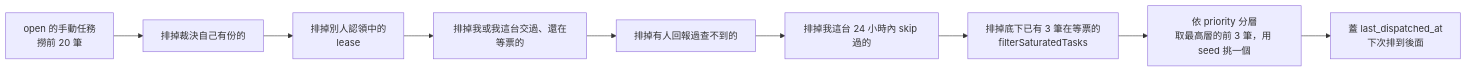
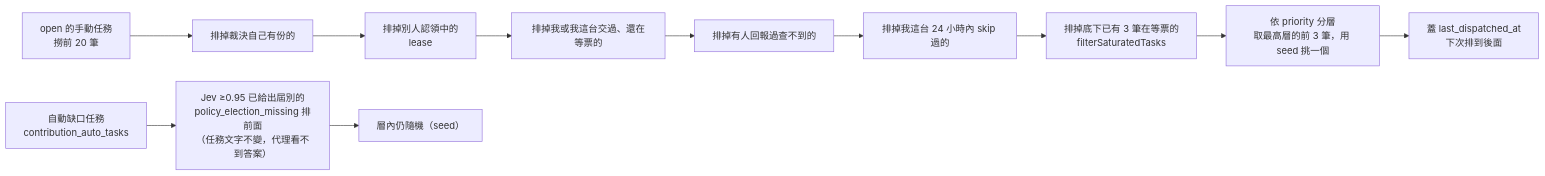
The second of 3 diagrams in docs/PIPELINE.md (Yooliang/policy-tw), drawn with Mermaid before and after one commit. The commit also changed other lines of this file and 32 other files, not shown here.

````diff
--- a/docs/PIPELINE.md
+++ b/docs/PIPELINE.md
@@ -61,11 +76,13 @@
 ```mermaid
 flowchart LR
   ALL["open 的手動任務<br/>撈前 20 筆"] --> F1["排掉裁決自己有份的"]
   F1 --> F2["排掉別人認領中的<br/>lease"]
   F2 --> F3["排掉我或我這台交過、還在等票的"]
   F3 --> F4["排掉有人回報過查不到的"]
   F4 --> F5["排掉我這台 24 小時內 skip 過的"]
   F5 --> F6["排掉底下已有 3 筆在等票的<br/>filterSaturatedTasks"]
   F6 --> PICK["依 priority 分層<br/>取最高層的前 3 筆，用 seed 挑一個"]
+  AUTO["自動缺口任務<br/>contribution_auto_tasks"] --> J1["Jev ≥0.95 已給出屆別的<br/>policy_election_missing 排前面<br/>（任務文字不變，代理看不到答案）"]
+  J1 --> J2["層內仍隨機（seed）"]
   PICK --> STAMP["蓋 last_dispatched_at<br/>下次排到後面"]
 ```
````
